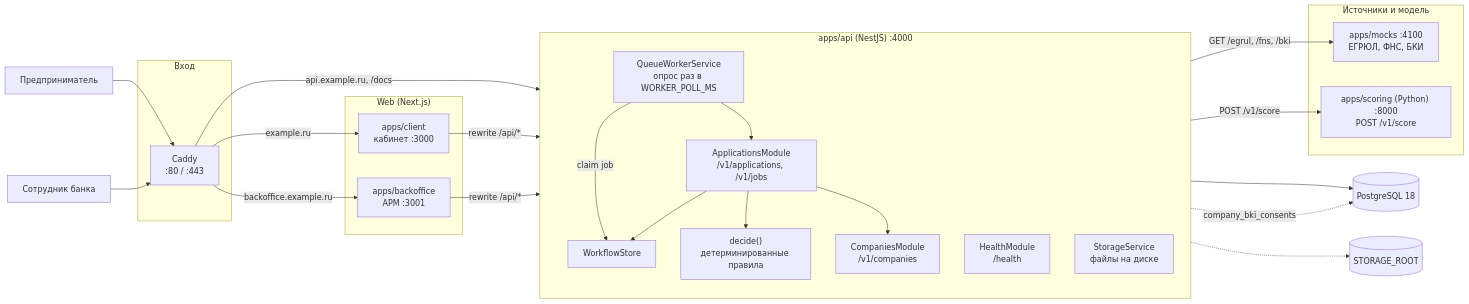
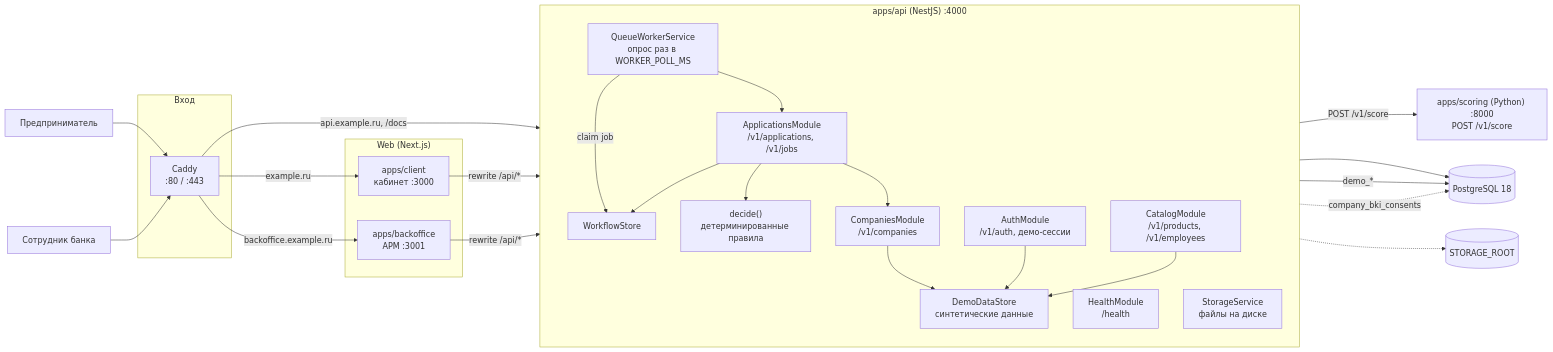
Before and after one commit to DjonniStorm/smart-credit-dashboard: the diagram in docs/diagrams/01-architecture.md, drawn with Mermaid. The commit also changed other lines of this file and 10 other files, not shown here.

First line of the commit message:
docs: обновить диаграммы под api-first

````diff
--- a/docs/diagrams/01-architecture.md
+++ b/docs/diagrams/01-architecture.md
@@ -5,51 +5,54 @@
 ```mermaid
 flowchart LR
   user["Предприниматель"]
   employee["Сотрудник банка"]
 
   subgraph edge["Вход"]
     caddy["Caddy<br/>:80 / :443"]
   end
 
   subgraph web["Web (Next.js)"]
     client["apps/client<br/>кабинет :3000"]
     backoffice["apps/backoffice<br/>АРМ :3001"]
   end
 
   subgraph apiBox["apps/api (NestJS) :4000"]
     direction TB
     applications["ApplicationsModule<br/>/v1/applications, /v1/jobs"]
     companies["CompaniesModule<br/>/v1/companies"]
+    auth["AuthModule<br/>/v1/auth, демо-сессии"]
+    catalog["CatalogModule<br/>/v1/products, /v1/employees"]
     health["HealthModule<br/>/health"]
     worker["QueueWorkerService<br/>опрос раз в WORKER_POLL_MS"]
     decision["decide()<br/>детерминированные правила"]
     store["WorkflowStore"]
+    demo["DemoDataStore<br/>синтетические данные"]
     storage["StorageService<br/>файлы на диске"]
   end
 
-  subgraph ext["Источники и модель"]
-    mocks["apps/mocks :4100<br/>ЕГРЮЛ, ФНС, БКИ"]
-    scoring["apps/scoring (Python) :8000<br/>POST /v1/score"]
-  end
-
+  scoring["apps/scoring (Python) :8000<br/>POST /v1/score"]
   db[("PostgreSQL 18")]
+  disk[("STORAGE_ROOT")]
 
   user --> caddy
   employee --> caddy
   caddy -->|"example.ru"| client
   caddy -->|"backoffice.example.ru"| backoffice
   caddy -->|"api.example.ru, /docs"| apiBox
   client -->|"rewrite /api/*"| apiBox
   backoffice -->|"rewrite /api/*"| apiBox
 
   applications --> store
+  applications --> decision
+  applications --> companies
   worker -->|"claim job"| store
   worker --> applications
-  applications --> decision
-  applications --> companies
-  companies -->|"GET /egrul, /fns, /bki"| mocks
+  auth --> demo
+  catalog --> demo
+  companies --> demo
   companies -->|"POST /v1/score"| scoring
   store --> db
+  demo -->|"demo_*"| db
   companies -.->|"company_bki_consents"| db
-  storage -.-> disk[("STORAGE_ROOT")]
+  storage -.-> disk
 ```
````
